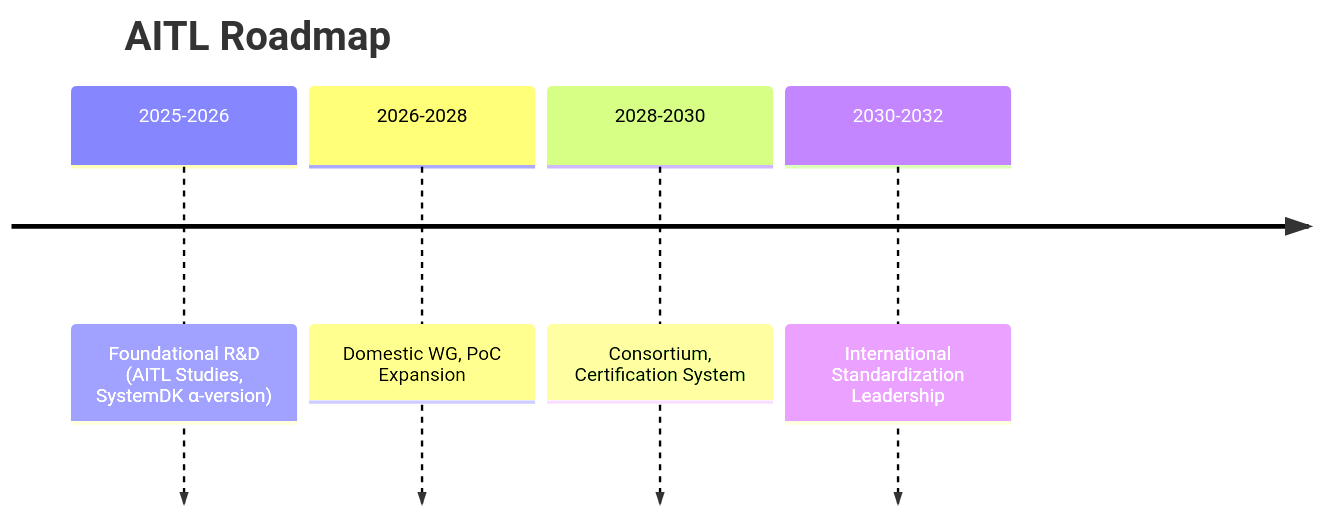
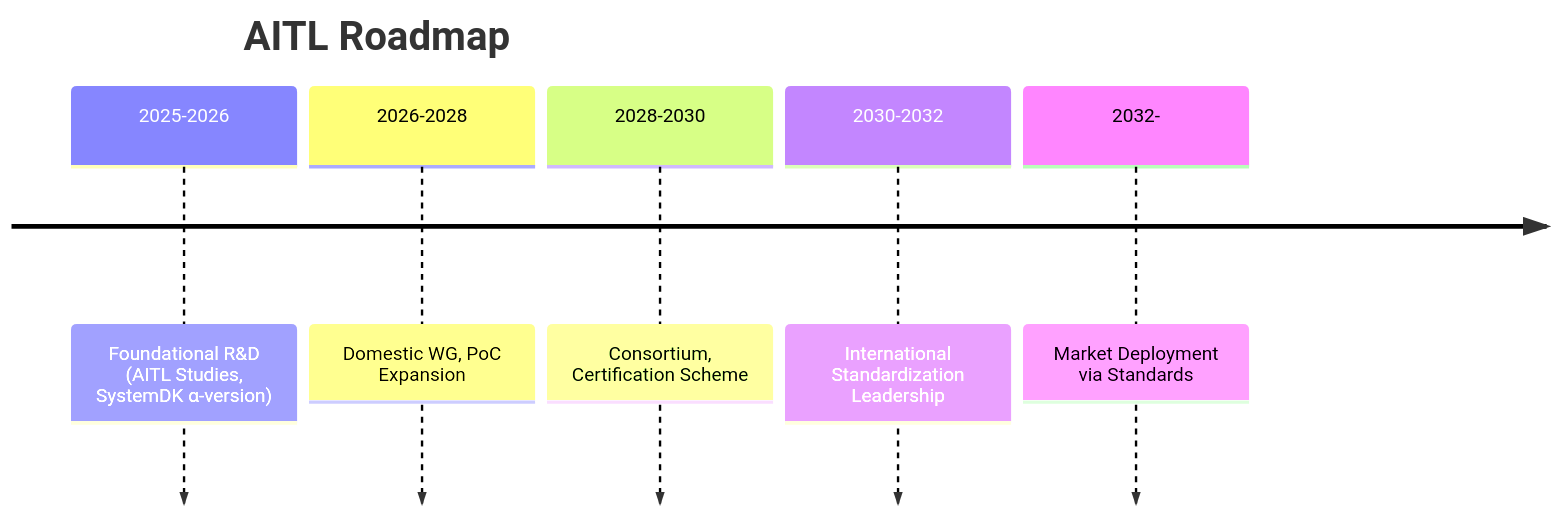
One commit to Samizo-AITL/AITL-Strategy-Proposal changed the second of 2 diagrams in en/AITL_Strategy_Proposal_Draft_v5_0_en.md. Above: the diagram before and after it, drawn with Mermaid. The commit also changed other lines of this file, not shown here.

````diff
--- a/en/AITL_Strategy_Proposal_Draft_v5_0_en.md
+++ b/en/AITL_Strategy_Proposal_Draft_v5_0_en.md
@@ -123,8 +178,9 @@
 ```mermaid
 timeline
     title AITL Roadmap
     2025-2026 : Foundational R&D (AITL Studies, SystemDK α-version)
     2026-2028 : Domestic WG, PoC Expansion
-    2028-2030 : Consortium, Certification System
+    2028-2030 : Consortium, Certification Scheme
     2030-2032 : International Standardization Leadership
+    2032- : Market Deployment via Standards
 ```
````
